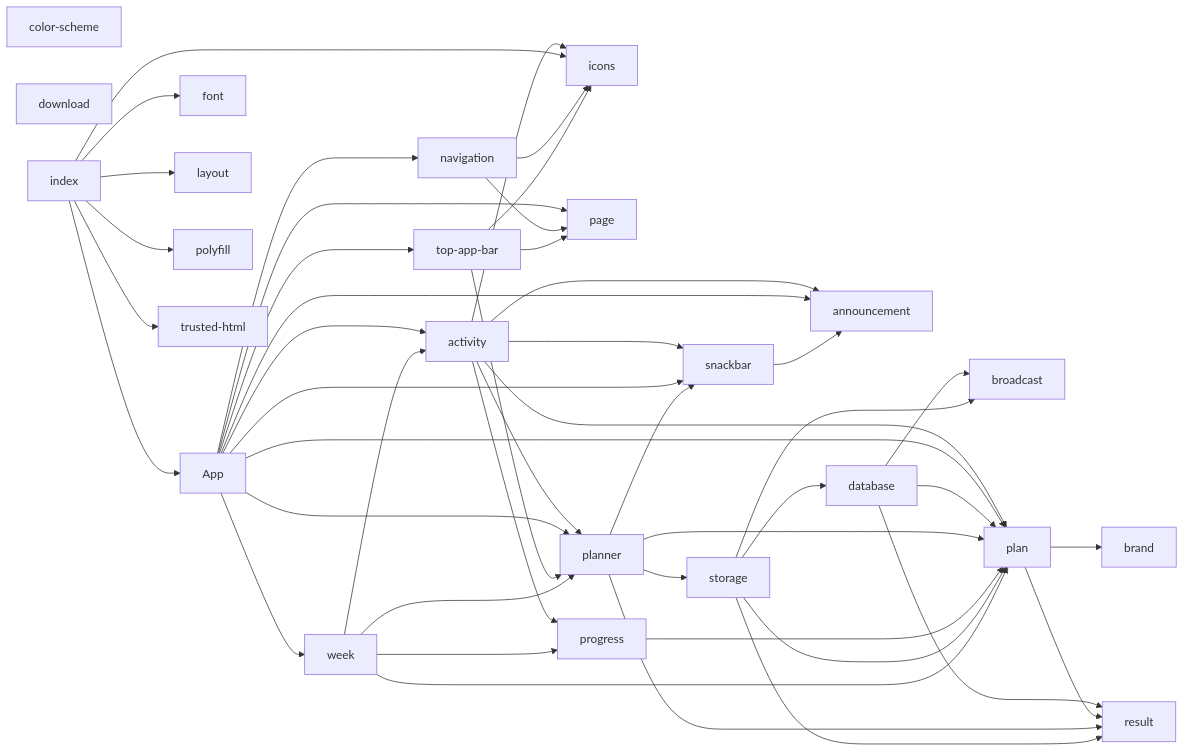
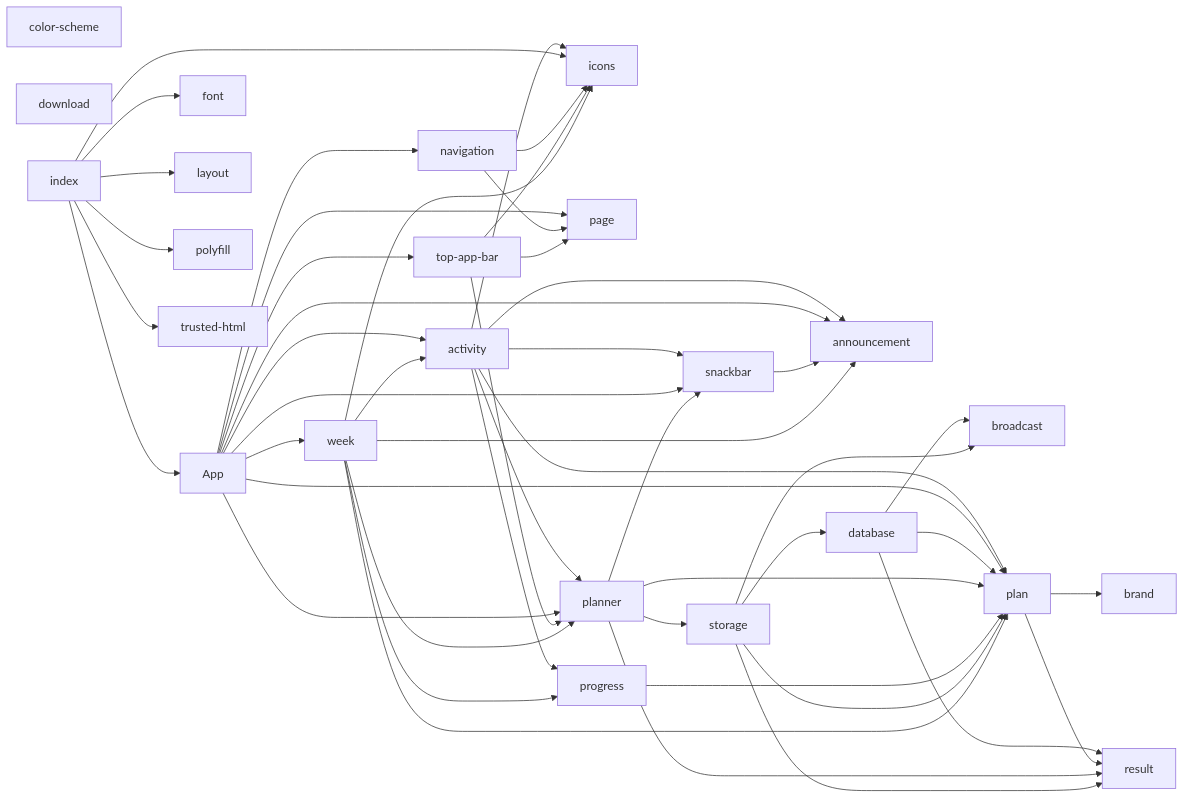
Before and after one commit to SantaClaas/week-budget-planner: the diagram in docs/MODULES.md, drawn with Mermaid. The commit also changed 18 other files, not shown here.

````diff
--- a/docs/MODULES.md
+++ b/docs/MODULES.md
@@ -9,72 +9,74 @@
 ```mermaid
 flowchart LR
   module_App["App"]
   module_activity["activity"]
   module_announcement["announcement"]
   module_brand["brand"]
   module_broadcast["broadcast"]
   module_color_scheme["color-scheme"]
   module_database["database"]
   module_download["download"]
   module_font["font"]
   module_icons["icons"]
   module_index["index"]
   module_layout["layout"]
   module_navigation["navigation"]
   module_page["page"]
   module_plan["plan"]
   module_planner["planner"]
   module_polyfill["polyfill"]
   module_progress["progress"]
   module_result["result"]
   module_snackbar["snackbar"]
   module_storage["storage"]
   module_top_app_bar["top-app-bar"]
   module_trusted_html["trusted-html"]
   module_week["week"]
   module_activity --> module_announcement
   module_activity --> module_icons
   module_activity --> module_plan
   module_activity --> module_planner
   module_activity --> module_progress
   module_activity --> module_snackbar
   module_App --> module_activity
   module_App --> module_announcement
   module_App --> module_navigation
   module_App --> module_page
   module_App --> module_plan
   module_App --> module_planner
   module_App --> module_snackbar
   module_App --> module_top_app_bar
   module_App --> module_week
   module_database --> module_broadcast
   module_database --> module_plan
   module_database --> module_result
   module_index --> module_App
   module_index --> module_font
   module_index --> module_icons
   module_index --> module_layout
   module_index --> module_polyfill
   module_index --> module_trusted_html
   module_navigation --> module_icons
   module_navigation --> module_page
   module_plan --> module_brand
   module_plan --> module_result
   module_planner --> module_plan
   module_planner --> module_result
   module_planner --> module_snackbar
   module_planner --> module_storage
   module_progress --> module_plan
   module_snackbar --> module_announcement
   module_storage --> module_broadcast
   module_storage --> module_database
   module_storage --> module_plan
   module_storage --> module_result
   module_top_app_bar --> module_icons
   module_top_app_bar --> module_page
   module_top_app_bar --> module_planner
   module_week --> module_activity
+  module_week --> module_announcement
+  module_week --> module_icons
   module_week --> module_plan
   module_week --> module_planner
   module_week --> module_progress
 ```
````
